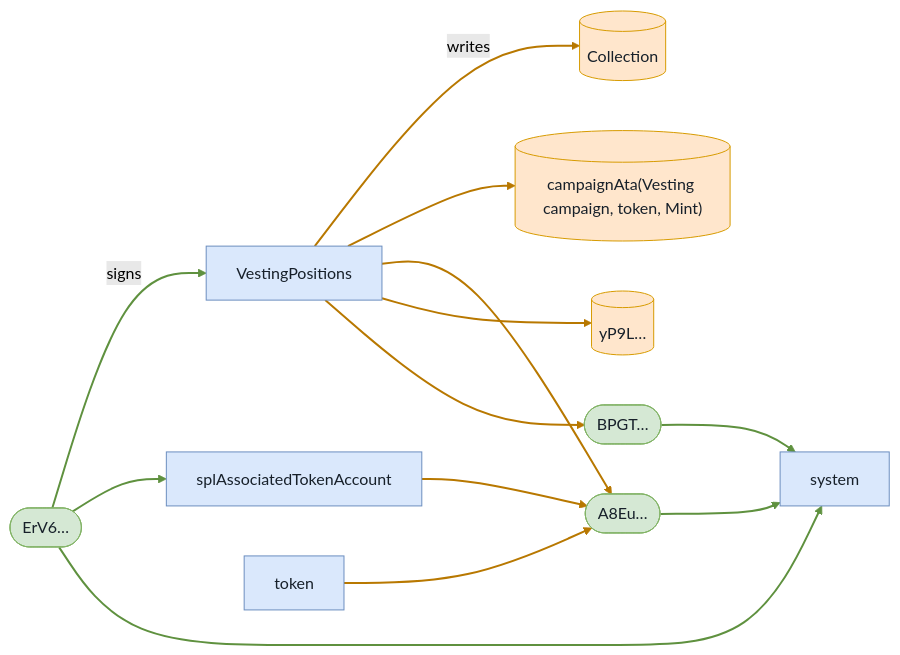
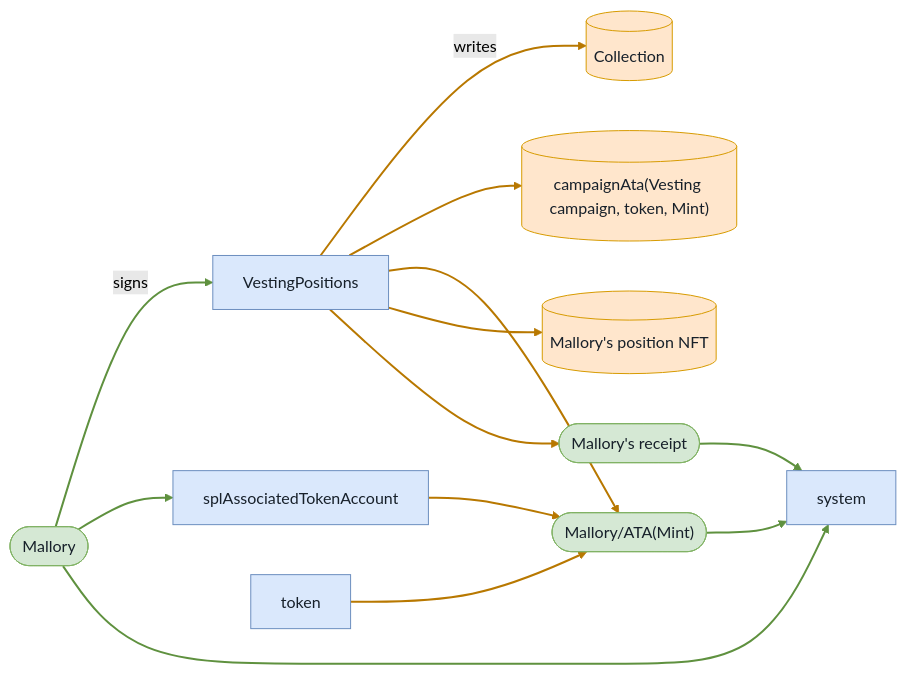
The fifth of 6 diagrams in babelfish-tests/test-report/scenario_5_unwhitelisted_user_fails.md (cds-turbin3/vesting-position), drawn with Mermaid (forest theme) before and after one commit. The commit also changed other lines of this file and 62 other files, not shown here.

````diff
--- a/babelfish-tests/test-report/scenario_5_unwhitelisted_user_fails.md
+++ b/babelfish-tests/test-report/scenario_5_unwhitelisted_user_fails.md
@@ -247,30 +246,30 @@
 ```mermaid
 flowchart LR
     VestingPositions["VestingPositions"]:::program
-    ErV6(["ErV6…"]):::signer
+    Mallory(["Mallory"]):::signer
     Collection[("Collection")]:::state
     campaignAtaVestingcampaigntokenMint[("campaignAta(Vesting campaign, token, Mint)")]:::state
-    A8Eu(["A8Eu…"]):::signer
-    yP9L[("yP9L…")]:::state
-    BPGT(["BPGT…"]):::signer
+    MalloryATAMint(["Mallory/ATA(Mint)"]):::signer
+    MalloryspositionNFT[("Mallory's position NFT")]:::state
+    Mallorysreceipt(["Mallory's receipt"]):::signer
     splAssociatedTokenAccount["splAssociatedTokenAccount"]:::program
     token["token"]:::program
     system["system"]:::program
-    ErV6 -->|signs| VestingPositions
+    Mallory -->|signs| VestingPositions
     VestingPositions -->|writes| Collection
     VestingPositions --> campaignAtaVestingcampaigntokenMint
-    VestingPositions --> A8Eu
-    VestingPositions --> yP9L
-    VestingPositions --> BPGT
-    ErV6 --> splAssociatedTokenAccount
-    splAssociatedTokenAccount --> A8Eu
-    ErV6 --> system
-    A8Eu --> system
-    token --> A8Eu
-    BPGT --> system
+    VestingPositions --> MalloryATAMint
+    VestingPositions --> MalloryspositionNFT
+    VestingPositions --> Mallorysreceipt
+    Mallory --> splAssociatedTokenAccount
+    splAssociatedTokenAccount --> MalloryATAMint
+    Mallory --> system
+    MalloryATAMint --> system
+    token --> MalloryATAMint
+    Mallorysreceipt --> system
     classDef program fill:#dae8fc,stroke:#6c8ebf,color:#17202a;
     classDef signer fill:#d5e8d4,stroke:#82b366,color:#17202a;
     classDef state fill:#ffe6cc,stroke:#d79b00,color:#17202a;
     linkStyle 0,6,8,9,11 stroke:#5f913f,stroke-width:2px
     linkStyle 1,2,3,4,5,7,10 stroke:#b87800,stroke-width:2px
 ```
````
